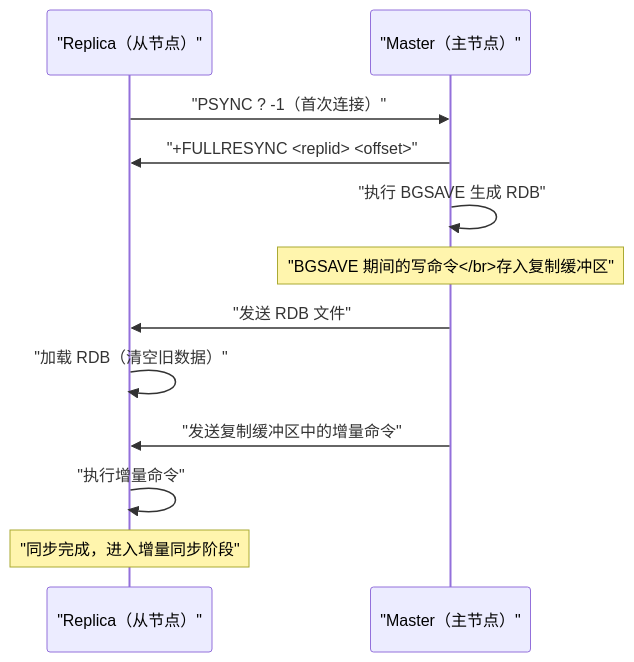
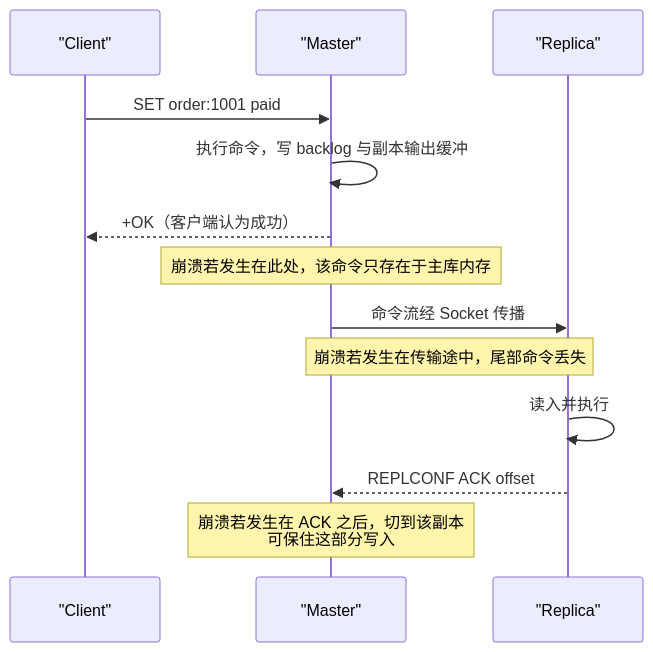
One commit to hpliStartAgain/my-brain changed the third of 6 diagrams in content/中间件/Redis/Redis设计与实现/09 主从复制与 Sentinel 高可用.md. Above: the diagram before and after it, drawn with Mermaid. The commit also changed other lines of this file and 455 other files, not shown here.

````diff
--- a/content/中间件/Redis/Redis设计与实现/09 主从复制与 Sentinel 高可用.md
+++ b/content/中间件/Redis/Redis设计与实现/09 主从复制与 Sentinel 高可用.md
@@ -82,16 +271,17 @@
 ```mermaid
 %%{init: {'theme': 'dracula'}}%%
 sequenceDiagram
-    participant R as "Replica（从节点）"
-    participant M as "Master（主节点）"
+    participant C as "Client"
+    participant M as "Master"
+    participant R as "Replica"
 
-    R->>M: "PSYNC ? -1（首次连接）"
-    M->>R: "+FULLRESYNC <replid> <offset>"
-    M->>M: "执行 BGSAVE 生成 RDB"
-    Note over M: "BGSAVE 期间的写命令</br>存入复制缓冲区"
-    M->>R: "发送 RDB 文件"
-    R->>R: "加载 RDB（清空旧数据）"
-    M->>R: "发送复制缓冲区中的增量命令"
-    R->>R: "执行增量命令"
-    Note over R: "同步完成，进入增量同步阶段"
+    C->>M: SET order:1001 paid
+    M->>M: 执行命令，写 backlog 与副本输出缓冲
+    M-->>C: +OK（客户端认为成功）
+    Note over M: 崩溃若发生在此处，该命令只存在于主库内存
+    M->>R: 命令流经 Socket 传播
+    Note over M,R: 崩溃若发生在传输途中，尾部命令丢失
+    R->>R: 读入并执行
+    R-->>M: REPLCONF ACK offset
+    Note over M: 崩溃若发生在 ACK 之后，切到该副本<br/>可保住这部分写入
 ```
````
